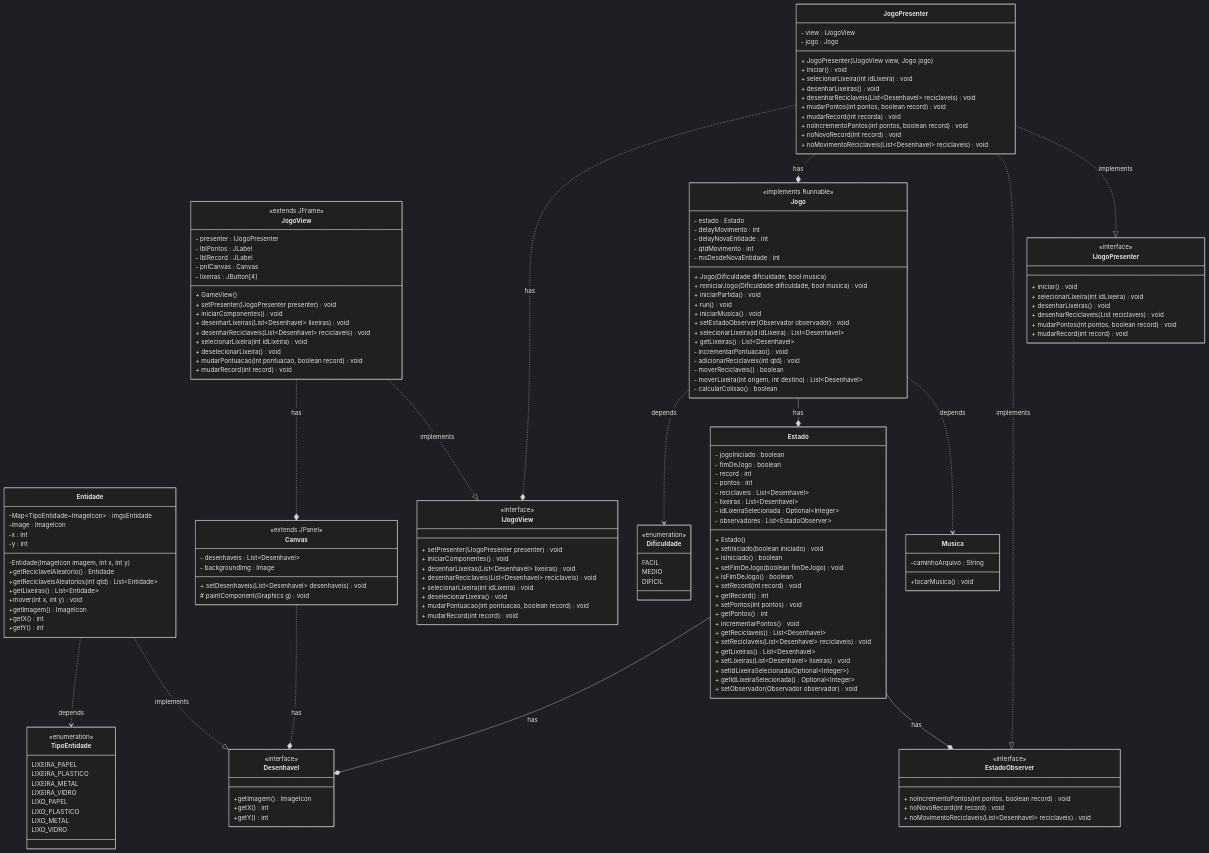
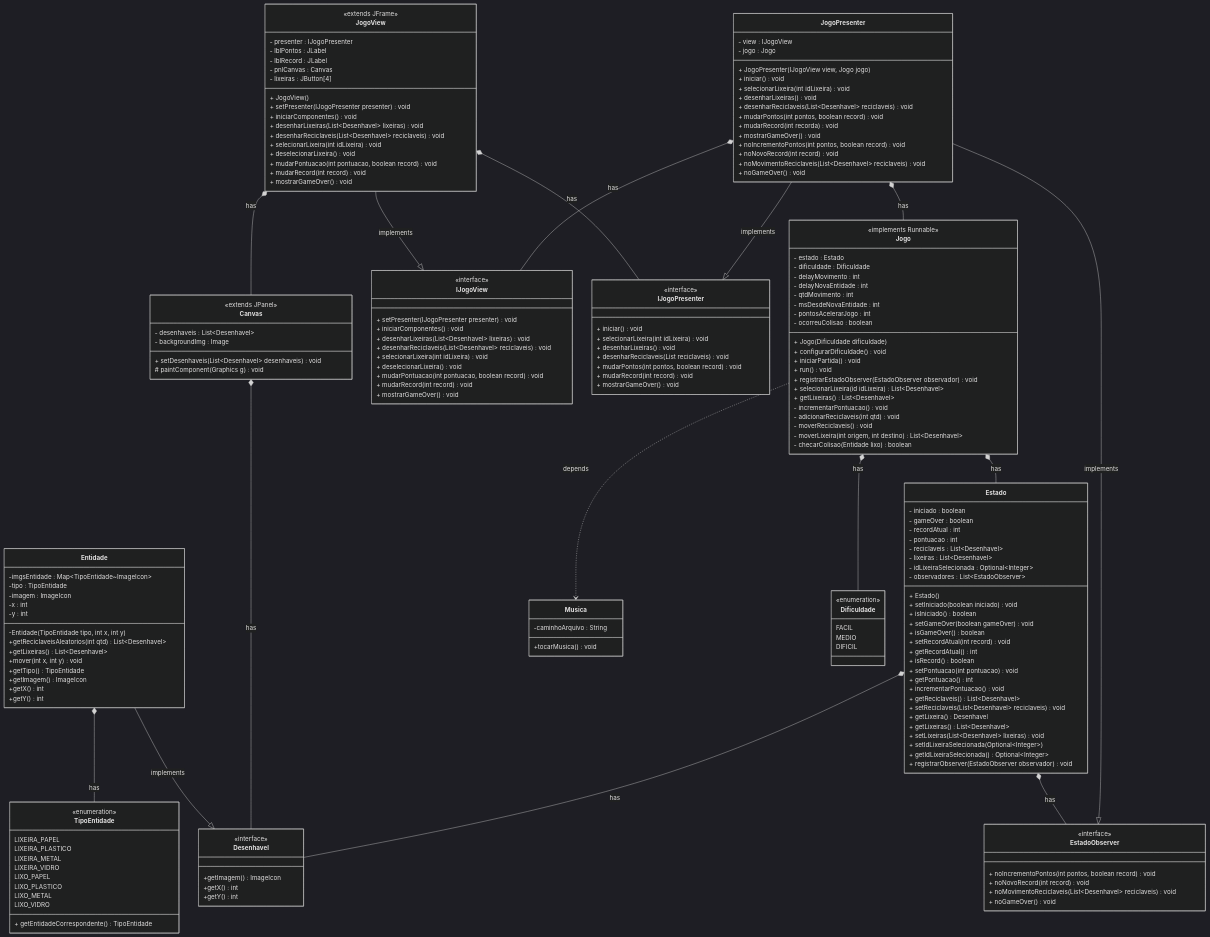
The first of 2 diagrams in docs/DiagramaCompleto.md (lucasttmz/jogo-reciclagem-aps), drawn with Mermaid (dark theme) before and after one commit. The commit also changed other lines of this file and 4 other files, not shown here.

Commit message:
Pequenos ajustes nos diagramas e correcao dos erros

````diff
--- a/docs/DiagramaCompleto.md
+++ b/docs/DiagramaCompleto.md
@@ -4,19 +3,20 @@
 ```mermaid
 classDiagram
-	Entidade ..|> Desenhavel : implements
-    Canvas ..* Desenhavel : has
-    JogoView ..|> IJogoView : implements
-	JogoView ..* Canvas : has
-	Entidade ..> TipoEntidade : depends
-    Estado --* EstadoObserver : has
-	Estado --* Desenhavel : has
-    Jogo ..> Musica : depends
-	Jogo --* Estado : has
-	Jogo ..> Dificuldade : depends
-	JogoPresenter ..|> IJogoPresenter : implements
-	JogoPresenter ..|> EstadoObserver : implements
-	JogoPresenter ..* Jogo : has
-	JogoPresenter ..* IJogoView : has
+	Entidade --|> Desenhavel : implements
+    	Canvas *-- Desenhavel : has
+    	JogoView --|> IJogoView : implements
+        JogoView *-- IJogoPresenter : has
+	JogoView *-- Canvas : has
+	Entidade *-- TipoEntidade : has
+    	Estado *-- EstadoObserver : has
+	Estado *-- Desenhavel : has
+   	Jogo ..> Musica : depends
+	Jogo *-- Estado : has
+	Jogo *-- Dificuldade : has
+	JogoPresenter --|> IJogoPresenter : implements
+	JogoPresenter --|> EstadoObserver : implements
+	JogoPresenter *-- Jogo : has
+	JogoPresenter *-- IJogoView : has
 	class Desenhavel{
 		<<interface>>
 		+getImagem() ImageIcon
@@ -33,73 +33,79 @@
 		LIXO_PLASTICO
 		LIXO_METAL
 		LIXO_VIDRO
+		+ getEntidadeCorrespondente() TipoEntidade
 	}
 	class Entidade{
-		-Map~TipoEntidade~ImageIcon~ : imgsEntidade
-		-image : ImageIcon
+		-imgsEntidade : Map~TipoEntidade~ImageIcon~
+		-tipo : TipoEntidade
+		-imagem : ImageIcon
 		-x : int
 		-y : int
-		-Entidade(ImageIcon imagem, int x, int y)
-		+getReciclavelAleatorio() Entidade
-		+getReciclaveisAleatorios(int qtd) List~Entidade~
-		+getLixeiras() List~Entidade~
+		-Entidade(TipoEntidade tipo, int x, int y)
+		+getReciclaveisAleatorios(int qtd) List~Desenhavel~
+		+getLixeiras() List~Desenhavel~
 		+mover(int x, int y) void
+		+getTipo() TipoEntidade
 		+getImagem() ImageIcon
 		+getX() int
 		+getY() int
 	}
 	class Estado{
-		- jogoIniciado : boolean
-		- fimDeJogo : boolean
-		- record : int
-		- pontos : int
+		- iniciado : boolean
+		- gameOver : boolean
+		- recordAtual : int
+		- pontuacao : int
 		- reciclaveis : List~Desenhavel~
 		- lixeiras : List~Desenhavel~
 		- idLixeiraSelecionada : Optional~Integer~
 		- observadores : List~EstadoObserver~
 		+ Estado()
-		+ setiniciado(boolean iniciado) void
+		+ setIniciado(boolean iniciado) void
 		+ isIniciado() boolean
-		+ setFimDeJogo(boolean fimDeJogo) void
-		+ isFimDeJogo() boolean
-		+ setRecord(int record) void
-		+ getRecord() int
-		+ setPontos(int pontos) void
-		+ getPontos() int
-		+ incrementarPontos() void
+		+ setGameOver(boolean gameOver) void
+		+ isGameOver() boolean
+		+ setRecordAtual(int record) void
+		+ getRecordAtual() int
+		+ isRecord() boolean
+		+ setPontuacao(int pontuacao) void
+		+ getPontuacao() int
+		+ incrementarPontuacao() void
 		+ getReciclaveis() List~Desenhavel~
 		+ setReciclaveis(List~Desenhavel~ reciclaveis) void
+		+ getLixeira() Desenhavel
 		+ getLixeiras() List~Desenhavel~
 		+ setLixeiras(List~Desenhavel~ lixeiras) void
 		+ setIdLixeiraSelecionada(Optional~Integer~)
 		+ getIdLixeiraSelecionada() Optional~Integer~
-		+ setObservador(Observador observador) void
+		+ registrarObserver(EstadoObserver observador) void
 	}
 	class Jogo{
 		<<implements Runnable>>
 		- estado : Estado
+		- dificuldade : Dificuldade
 		- delayMovimento : int
 		- delayNovaEntidade : int
 		- qtdMovimento : int
 		- msDesdeNovaEntidade : int
-		+ Jogo(Dificuldade dificuldade, bool musica)
-		+ reiniciarJogo(Dificuldade dificuldade, bool musica) void
+		- pontosAcelerarJogo : int
+		- ocorreuColisao : boolean
+		+ Jogo(Dificuldade dificuldade)
+		+ configurarDificuldade() void
 		+ iniciarPartida() void
 		+ run() void
-        + iniciarMusica() void
-		+ setEstadoObserver(Observador observador) void
+		+ registrarEstadoObserver(EstadoObserver observador) void
 		+ selecionarLixeira(id idLixeira) List~Desenhavel~
 		+ getLixeiras() List~Desenhavel~
 		- incrementarPontuacao() void
 		- adicionarReciclaveis(int qtd) void
-		- moverReciclaveis() boolean
+		- moverReciclaveis() void
 		- moverLixeira(int origem, int destino) List~Desenhavel~
-		- calcularColisao() boolean
+		- checarColisao(Entidade lixo) boolean
 	}
-    class Musica{
-        -caminhoArquivo : String
-        +tocarMusica() void
-    }
+    	class Musica{
+        	-caminhoArquivo : String
+        	+tocarMusica() void
+   	 }
 	class Dificuldade{
 		<<enumeration>>
 		FACIL
@@ -111,6 +117,7 @@
 		+ noIncrementoPontos(int pontos, boolean record) void
 		+ noNovoRecord(int record) void
 		+ noMovimentoReciclaveis(List~Desenhavel~ reciclaveis) void
+		+ noGameOver() void
 	}
 	class IJogoPresenter{
 		<<interface>>
@@ -120,6 +127,7 @@
 		+ desenharReciclaveis(List<Desenhavel> reciclaveis) void
 		+ mudarPontos(int pontos, boolean record) void
 		+ mudarRecord(int record) void
+		+ mostrarGameOver() void
 	}
 	class JogoPresenter{
 		- view : IJogoView
@@ -131,9 +139,11 @@
 		+ desenharReciclaveis(List~Desenhavel~ reciclaveis) void
 		+ mudarPontos(int pontos, boolean record) void
 		+ mudarRecord(int recorda) void
+		+ mostrarGameOver() void
 		+ noIncrementoPontos(int pontos, boolean record) void
 		+ noNovoRecord(int record) void
 		+ noMovimentoReciclaveis(List~Desenhavel~ reciclaveis) void
+		+ noGameOver() void
 	}
 	class IJogoView{
 		<<interface>>
@@ -145,6 +155,7 @@
 		+ deselecionarLixeira() void
 		+ mudarPontuacao(int pontuacao, boolean record) void
 		+ mudarRecord(int record) void
+		+ mostrarGameOver() void
 	}
 	class JogoView{
 		<<extends JFrame>>
@@ -153,7 +164,7 @@
 		- lblRecord : JLabel
 		- pnlCanvas : Canvas
 		- lixeiras : JButton[4]
-		+ GameView()
+		+ JogoView()
 		+ setPresenter(IJogoPresenter presenter) void
 		+ iniciarComponentes() void
 		+ desenharLixeiras(List~Desenhavel~ lixeiras) void
@@ -162,6 +173,7 @@
 		+ deselecionarLixeira() void
 		+ mudarPontuacao(int pontuacao, boolean record) void
 		+ mudarRecord(int record) void
+		+ mostrarGameOver() void
 	}
 	class Canvas{
 		<<extends JPanel>>
````
